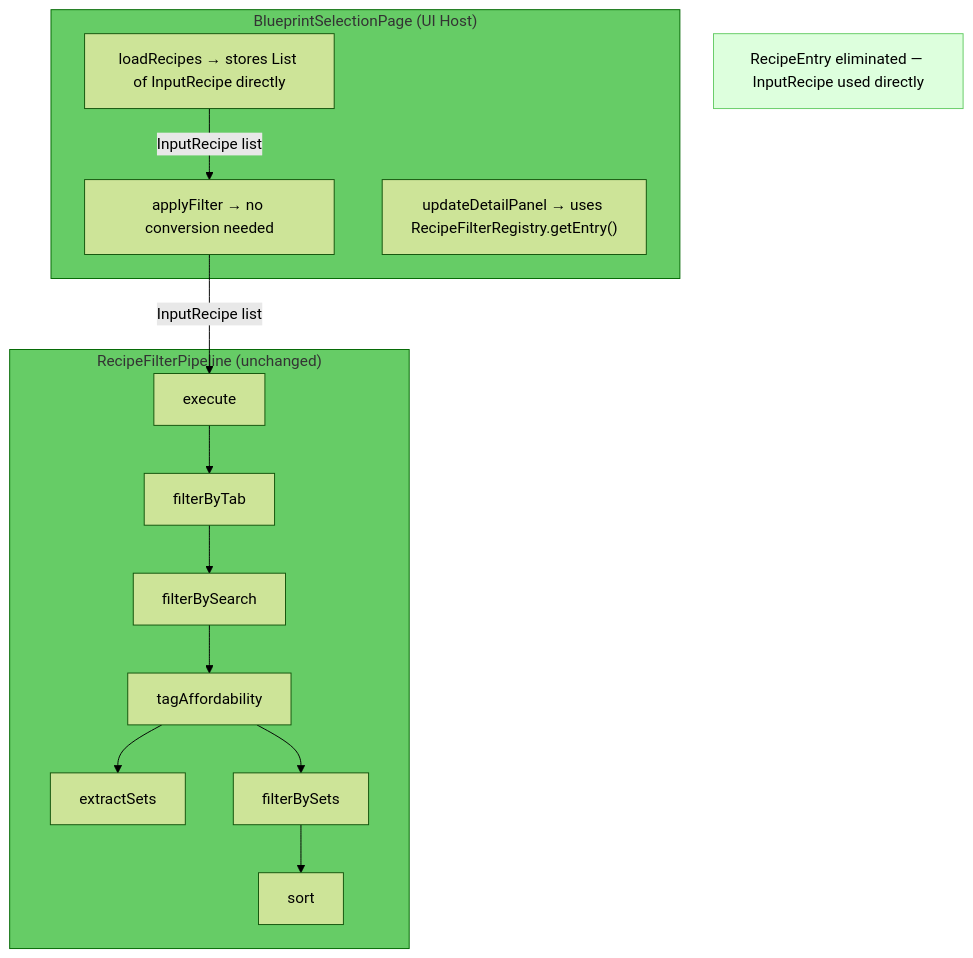
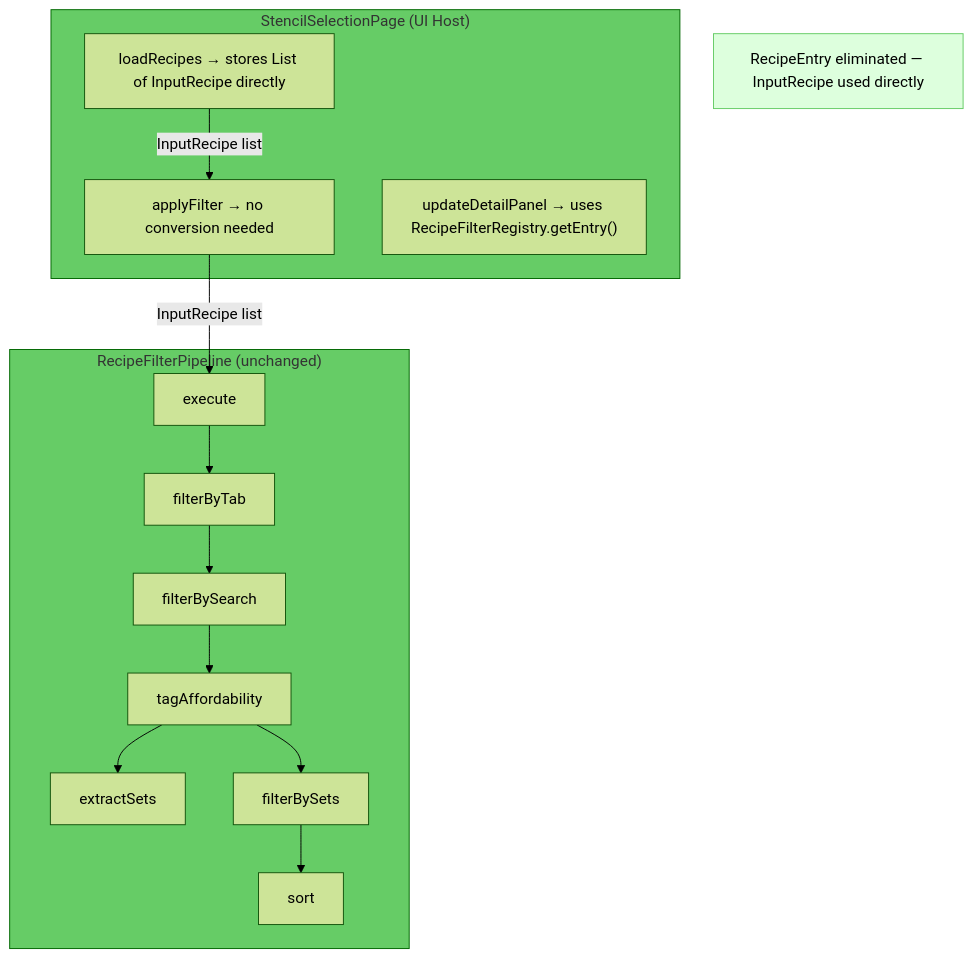
Before and after one commit to TheCodeCreature/Hytale-Example-Plugin: the second of 2 diagrams in docs/review-recipe-filter-pipeline.md, drawn with Mermaid (forest theme). The commit also changed other lines of this file and 289 other files, not shown here.

````diff
--- a/docs/review-recipe-filter-pipeline.md
+++ b/docs/review-recipe-filter-pipeline.md
@@ -83,22 +83,22 @@
 ```mermaid
 graph TB
-    subgraph BSP["BlueprintSelectionPage (UI Host)"]
+    subgraph BSP["StencilSelectionPage (UI Host)"]
         style BSP fill:#6c6,stroke:#060
         LP["loadRecipes → stores List of InputRecipe directly"]
         AF["applyFilter → no conversion needed"]
         UDP["updateDetailPanel → uses RecipeFilterRegistry.getEntry()"]
     end
 
     subgraph Pipeline["RecipeFilterPipeline (unchanged)"]
         style Pipeline fill:#6c6,stroke:#060
         EX[execute] --> S1[filterByTab] --> S2[filterBySearch]
         S2 --> S3[tagAffordability] --> S4[extractSets]
         S3 --> S5[filterBySets] --> S6[sort]
     end
 
     LP -->|"InputRecipe list"| AF
     AF -->|"InputRecipe list"| EX
 
     note1["RecipeEntry eliminated — InputRecipe used directly"]
     style note1 fill:#dfd,stroke:#6c6
 ```
````
